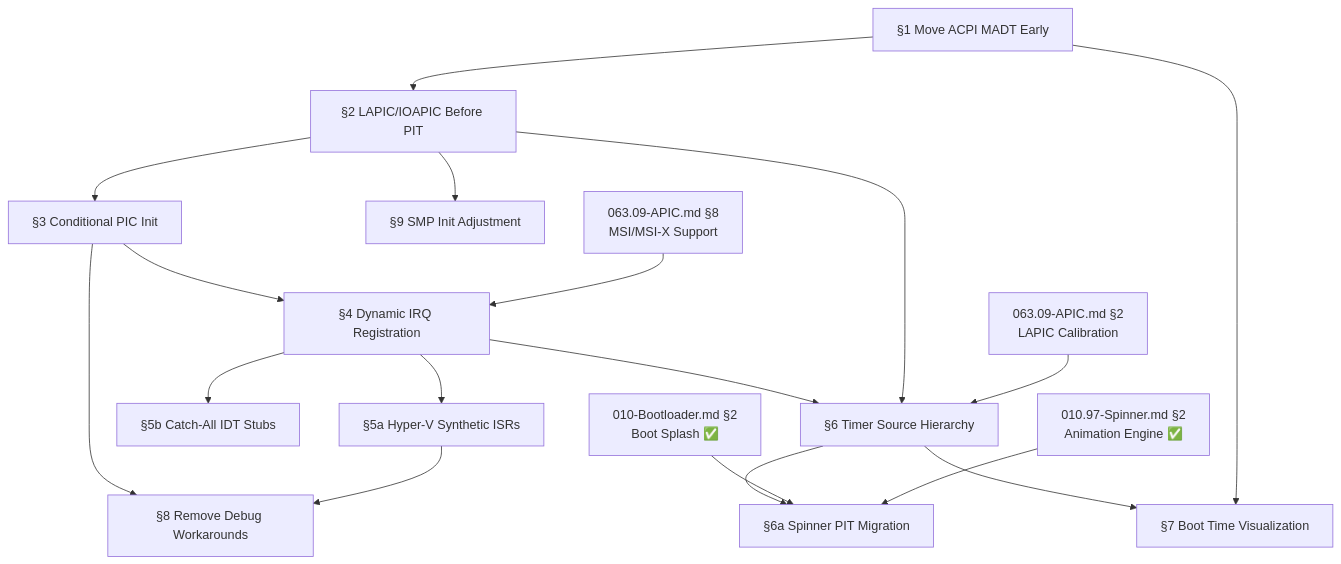
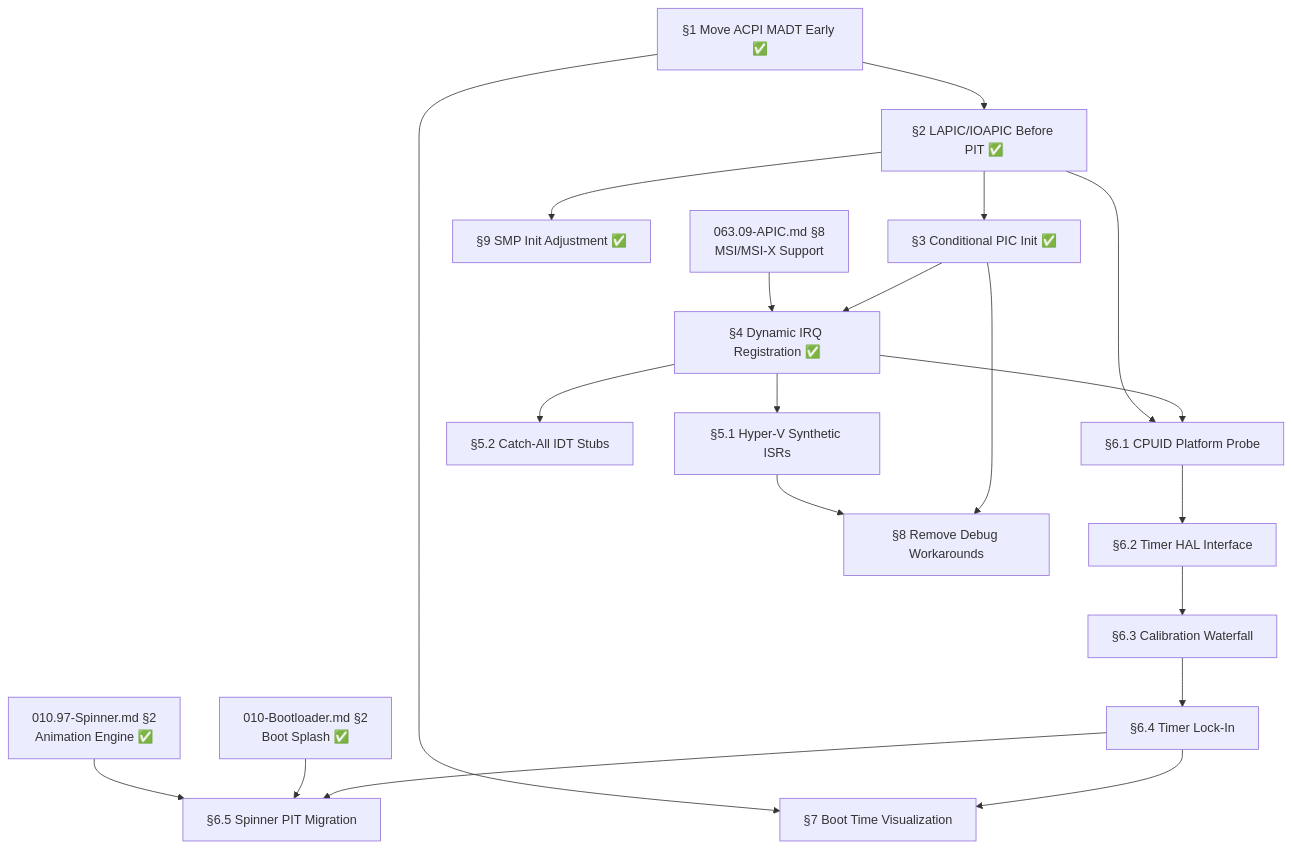
The diagram in todo/010-Kernel-Foundations/TODO-010-Bootloader/TODO-010.99-APIC-First-Boot.md (rizonesoft/impossible-os), drawn with Mermaid before and after one commit. The commit also changed other lines of this file and 4 other files, not shown here.

Commit message:
idt: full vector coverage with proper Hyper-V ISRs

````diff
--- a/todo/010-Kernel-Foundations/TODO-010-Bootloader/TODO-010.99-APIC-First-Boot.md
+++ b/todo/010-Kernel-Foundations/TODO-010-Bootloader/TODO-010.99-APIC-First-Boot.md
@@ -33,47 +56,53 @@
 ```mermaid
 graph TD
-    S1["§1 Move ACPI MADT Early"]
-    S2["§2 LAPIC/IOAPIC Before PIT"]
-    S3["§3 Conditional PIC Init"]
-    S4["§4 Dynamic IRQ Registration"]
-    S5a["§5a Hyper-V Synthetic ISRs"]
-    S5b["§5b Catch-All IDT Stubs"]
-    S6["§6 Timer Source Hierarchy"]
-    S6a["§6a Spinner PIT Migration"]
+    S1["§1 Move ACPI MADT Early ✅"]
+    S2["§2 LAPIC/IOAPIC Before PIT ✅"]
+    S3["§3 Conditional PIC Init ✅"]
+    S4["§4 Dynamic IRQ Registration ✅"]
+    S5_1["§5.1 Hyper-V Synthetic ISRs"]
+    S5_2["§5.2 Catch-All IDT Stubs"]
+    S6_1["§6.1 CPUID Platform Probe"]
+    S6_2["§6.2 Timer HAL Interface"]
+    S6_3["§6.3 Calibration Waterfall"]
+    S6_4["§6.4 Timer Lock-In"]
+    S6_5["§6.5 Spinner PIT Migration"]
     S7["§7 Boot Time Visualization"]
     S8["§8 Remove Debug Workarounds"]
-    S9["§9 SMP Init Adjustment"]
+    S9["§9 SMP Init Adjustment ✅"]
 
     %% External dependencies
     X1["010-Bootloader.md §2<br/>Boot Splash ✅"]
     X2["010.97-Spinner.md §2<br/>Animation Engine ✅"]
-    X3["063.09-APIC.md §2<br/>LAPIC Calibration"]
     X4["063.09-APIC.md §8<br/>MSI/MSI-X Support"]
 
     %% Core chain: ACPI → LAPIC/IOAPIC → conditional PIC
     S1 --> S2
     S2 --> S3
     S2 --> S9
 
     %% IRQ infrastructure
     S3 --> S4
-    S4 --> S5a
-    S4 --> S5b
-    S4 --> S6
+    S4 --> S5_1
+    S4 --> S5_2
 
-    %% Timer hierarchy and spinner migration
-    S6 --> S6a
-    S2 --> S6
+    %% UTS sub-phase chain: detect → HAL → calibrate → lock-in
+    S4 --> S6_1
+    S2 --> S6_1
+    S6_1 --> S6_2
+    S6_2 --> S6_3
+    S6_3 --> S6_4
+
+    %% Spinner migration depends on UTS lock-in
+    S6_4 --> S6_5
 
     %% Cleanup and profiling
     S3 --> S8
-    S5a --> S8
-    S6 --> S7
+    S5_1 --> S8
+    S6_4 --> S7
     S1 --> S7
 
     %% Cross-file dependencies
-    X1 --> S6a
-    X2 --> S6a
-    X3 --> S6
+    X1 --> S6_5
+    X2 --> S6_5
     X4 --> S4
 ```
````
